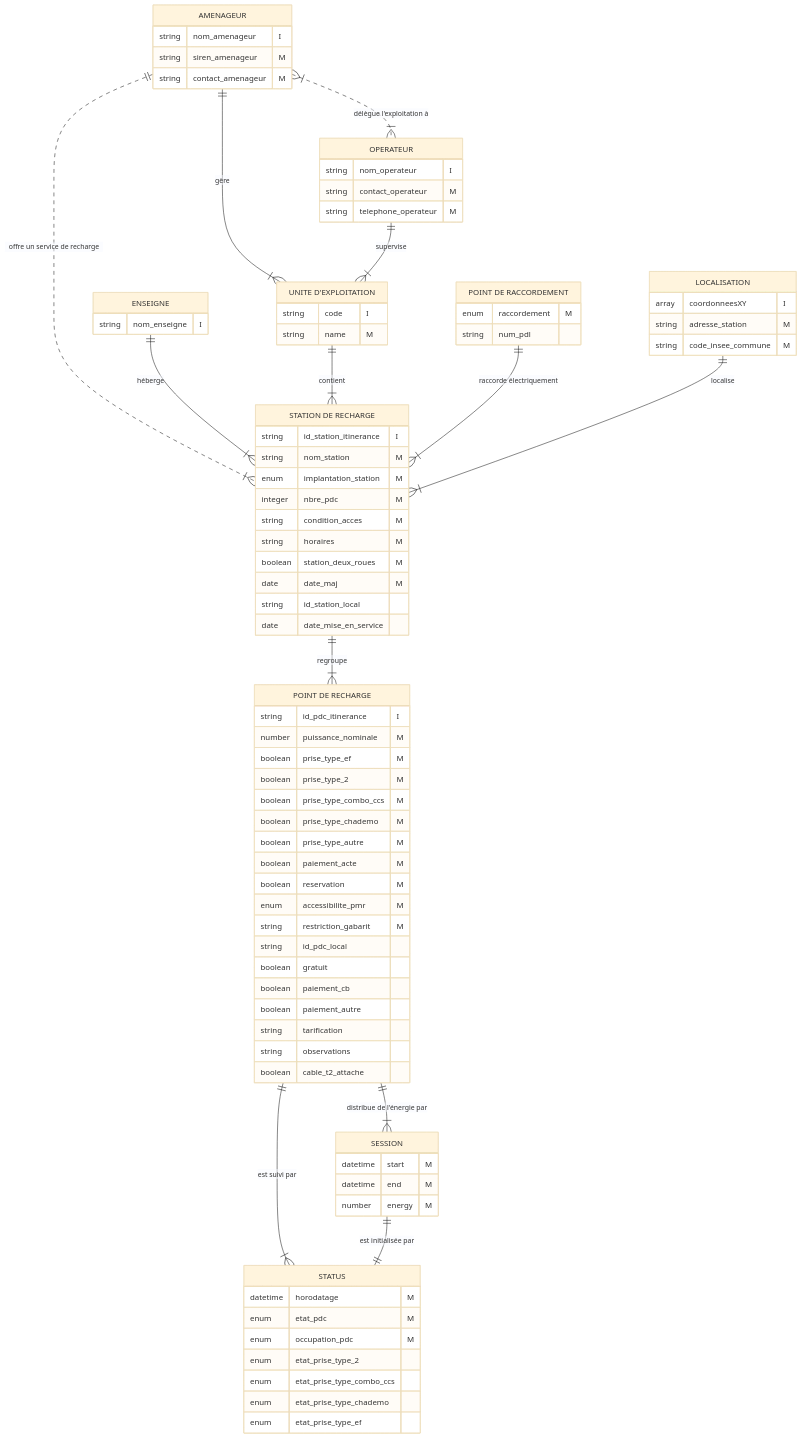
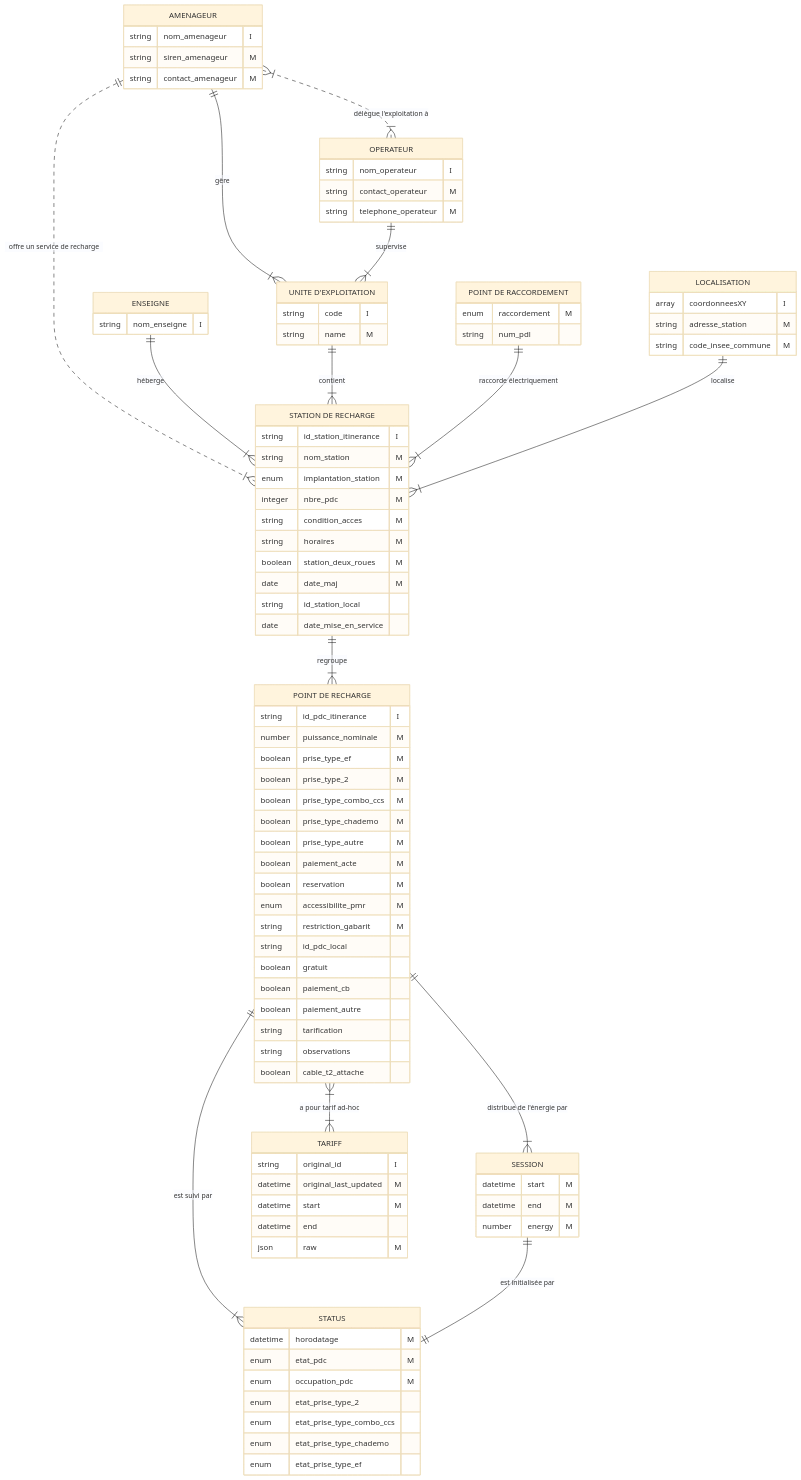
Diagram 19 of 19 in docs/modele.md (MTES-MCT/qualicharge), drawn with Mermaid (base theme) before and after one commit. The commit also changed other lines of this file, not shown here.

First line of the commit message:
Enhance documentation for tariff structure and representation

````diff
--- a/docs/modele.md
+++ b/docs/modele.md
@@ -551,7 +618,7 @@
   datetime end "M"
   number energy "M"
   }
-  "STATUS" {
+  STATUS {
     datetime horodatage "M"
     enum     etat_pdc "M"
     enum     occupation_pdc "M"
@@ -559,6 +626,13 @@
     enum     etat_prise_type_combo_ccs
     enum     etat_prise_type_chademo
     enum     etat_prise_type_ef
+  }
+  TARIFF {
+    string   original_id "I"
+    datetime original_last_updated "M"
+    datetime start "M"
+    datetime end 
+    json     raw "M"
   }
   AMENAGEUR ||..|{ "STATION DE RECHARGE" : "offre un service de recharge"
   AMENAGEUR ||--|{ "UNITE D'EXPLOITATION" : "gère"
@@ -571,5 +645,6 @@
   "STATION DE RECHARGE" ||--|{ "POINT DE RECHARGE" : regroupe
   "POINT DE RECHARGE" ||--|{ "STATUS" : "est suivi par"
   "POINT DE RECHARGE" ||--|{ "SESSION" : "distribue de l'énergie par"
+  "POINT DE RECHARGE" }|--|{ "TARIFF" : "a pour tarif ad-hoc"
   "SESSION" ||--|| "STATUS" : "est initialisée par"
 ```
````
